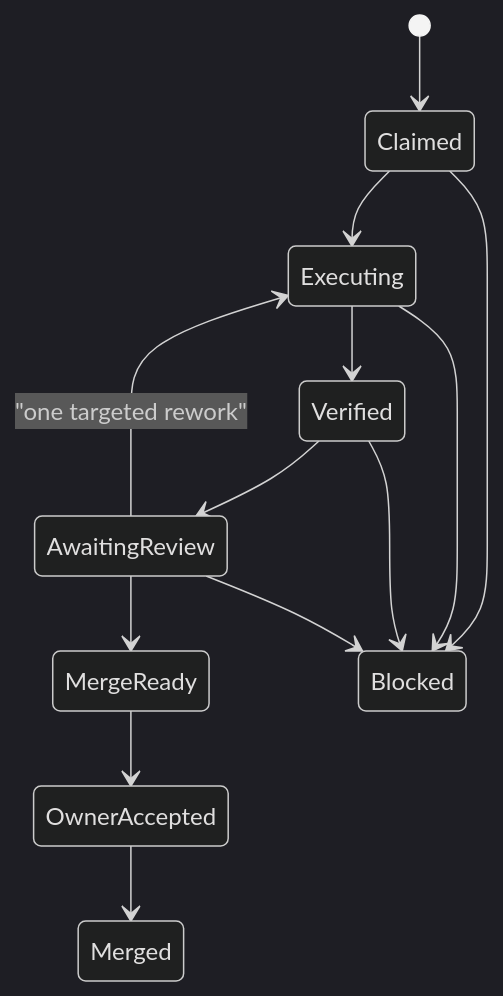
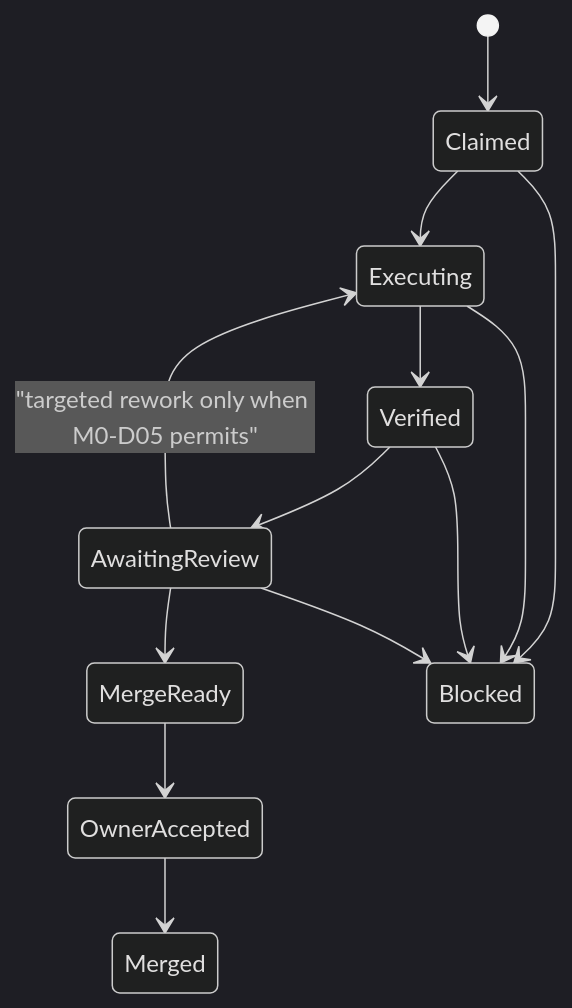
One commit to jmiedreich-ux/Maestro changed the second of 2 diagrams in docs/planning/maestro-master-plan.md. Above: the diagram before and after it, drawn with Mermaid (dark theme). The commit also changed other lines of this file, not shown here.

````diff
--- a/docs/planning/maestro-master-plan.md
+++ b/docs/planning/maestro-master-plan.md
@@ -56,15 +56,15 @@
 ```mermaid
 stateDiagram-v2
   [*] --> Claimed
   Claimed --> Executing
   Executing --> Verified
   Verified --> AwaitingReview
   AwaitingReview --> MergeReady
-  AwaitingReview --> Executing: "one targeted rework"
+  AwaitingReview --> Executing: "targeted rework only when M0-D05 permits"
   MergeReady --> OwnerAccepted
   OwnerAccepted --> Merged
   Claimed --> Blocked
   Executing --> Blocked
   Verified --> Blocked
   AwaitingReview --> Blocked
 ```
````
